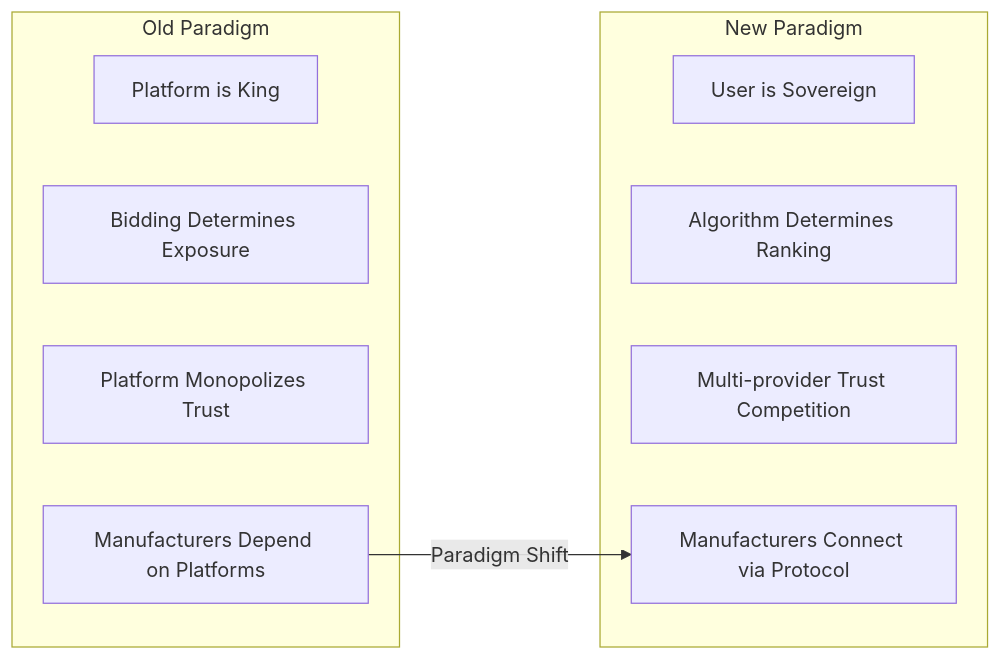
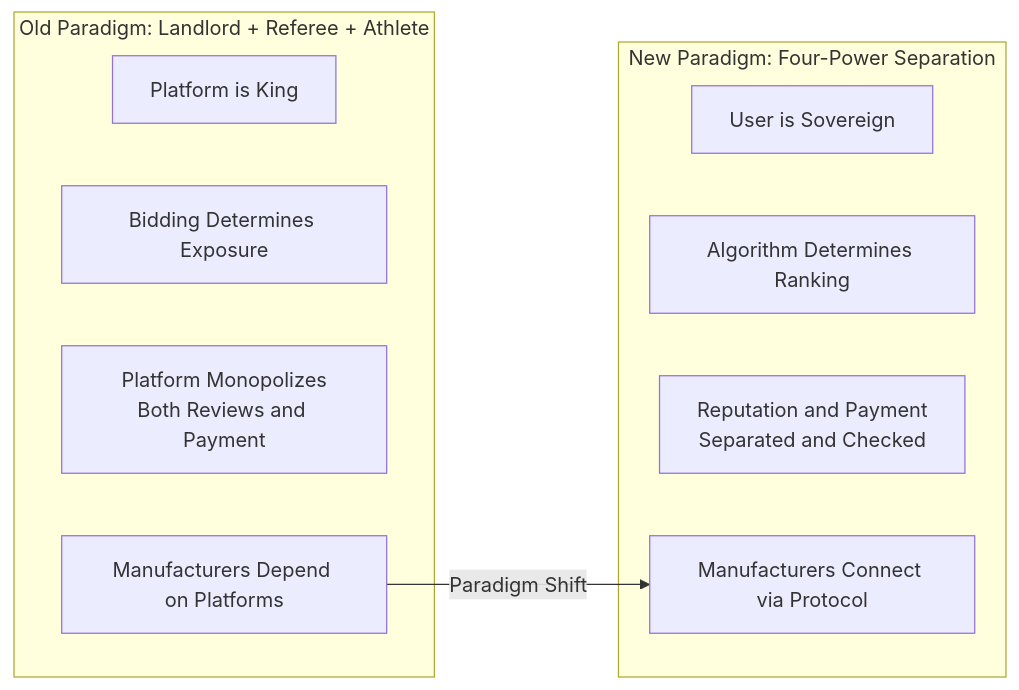
Before and after one commit to kaicen-x/ai-shopping-paradigm: the third of 7 diagrams in English/AI-Shopping-Paradigm.md, drawn with Mermaid. The commit also changed other lines of this file and 4 other files, not shown here.

````diff
--- a/English/AI-Shopping-Paradigm.md
+++ b/English/AI-Shopping-Paradigm.md
@@ -105,18 +125,18 @@
 ```mermaid
 graph LR
- subgraph Old Paradigm
- A1[Platform is King]
- A2[Bidding Determines Exposure]
- A3[Platform Monopolizes Trust]
- A4[Manufacturers Depend on Platforms]
- end
+    subgraph OLD["Old Paradigm: Landlord + Referee + Athlete"]
+        A1[Platform is King]
+        A2[Bidding Determines Exposure]
+        A3[Platform Monopolizes<br/>Both Reviews and Payment]
+        A4[Manufacturers Depend on Platforms]
+    end
 
- subgraph New Paradigm
- B1[User is Sovereign]
- B2[Algorithm Determines Ranking]
- B3[Multi-provider Trust Competition]
- B4[Manufacturers Connect via Protocol]
- end
+    subgraph NEW["New Paradigm: Four-Power Separation"]
+        B1[User is Sovereign]
+        B2[Algorithm Determines Ranking]
+        B3[Reputation and Payment<br/>Separated and Checked]
+        B4[Manufacturers Connect via Protocol]
+    end
 
- A4 -->|Paradigm Shift| B4
+    A4 -->|Paradigm Shift| B4
 ```
````
